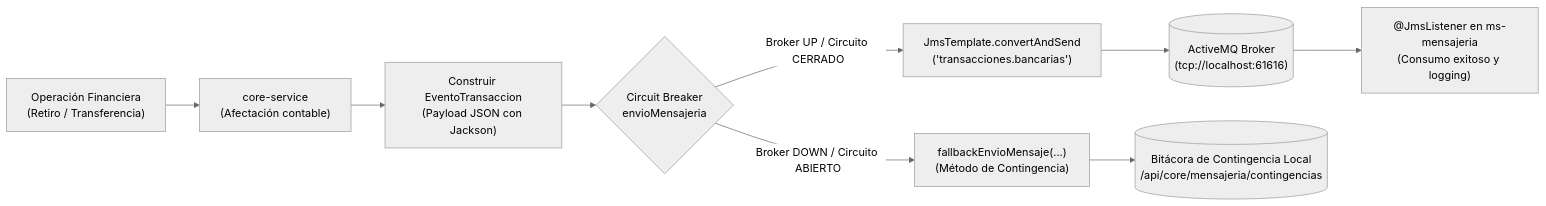
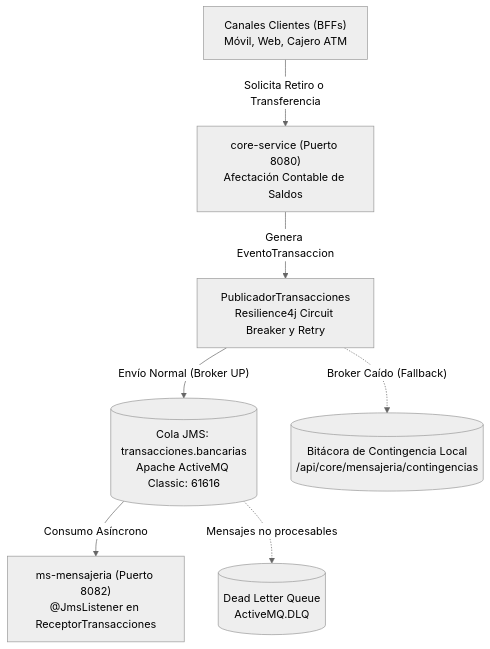
The diagram in README.md (Lybern/Exp3_S7_Grupo3), drawn with Mermaid (neutral theme) before and after one commit. The commit also changed other lines of this file, not shown here.

Commit message:
docs: simplificar diagrama de arquitectura de eventos para visualizacion completa en README

````diff
--- a/README.md
+++ b/README.md
@@ -97,15 +43,14 @@
 ```mermaid
-flowchart LR
-    Op["Operación Financiera<br>(Retiro / Transferencia)"] --> Core["core-service<br>(Afectación contable)"]
-    Core --> Evento["Construir EventoTransaccion<br>(Payload JSON con Jackson)"]
+flowchart TD
+    Canales["Canales Clientes (BFFs)<br>Móvil, Web, Cajero ATM"] -->|"Solicita Retiro o Transferencia"| Core["core-service (Puerto 8080)<br>Afectación Contable de Saldos"]
     
-    Evento --> CB{"Circuit Breaker<br>envioMensajeria"}
+    Core -->|"Genera EventoTransaccion"| Pub["PublicadorTransacciones<br>Resilience4j Circuit Breaker y Retry"]
+
+    Pub -->|"Envío Normal (Broker UP)"| Cola[("Cola JMS: transacciones.bancarias<br>Apache ActiveMQ Classic: 61616")]
     
-    CB -- "Broker UP / Circuito CERRADO" --> JmsSend["JmsTemplate.convertAndSend<br>('transacciones.bancarias')"]
-    JmsSend --> ActiveMQ[("ActiveMQ Broker<br>(tcp://localhost:61616)")]
+    Cola -->|"Consumo Asíncrono"| Receptor["ms-mensajeria (Puerto 8082)<br>@JmsListener en ReceptorTransacciones"]
     
-    ActiveMQ --> Listener["@JmsListener en ms-mensajeria<br>(Consumo exitoso y logging)"]
-    
-    CB -- "Broker DOWN / Circuito ABIERTO" --> Fallback["fallbackEnvioMensaje(...)<br>(Método de Contingencia)"]
-    Fallback --> Contingencia[("Bitácora de Contingencia Local<br>/api/core/mensajeria/contingencias")]
+    Cola -.->|"Mensajes no procesables"| DLQ[("Dead Letter Queue<br>ActiveMQ.DLQ")]
+
+    Pub -.->|"Broker Caído (Fallback)"| Contingencia[("Bitácora de Contingencia Local<br>/api/core/mensajeria/contingencias")]
 ```
````
